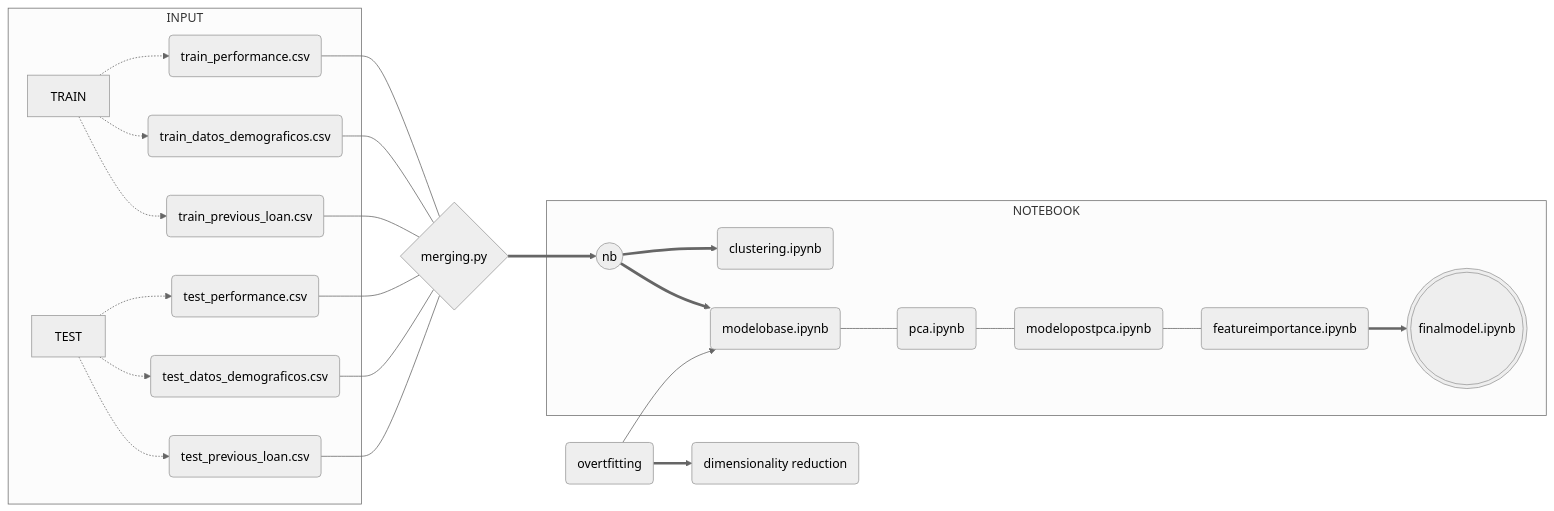
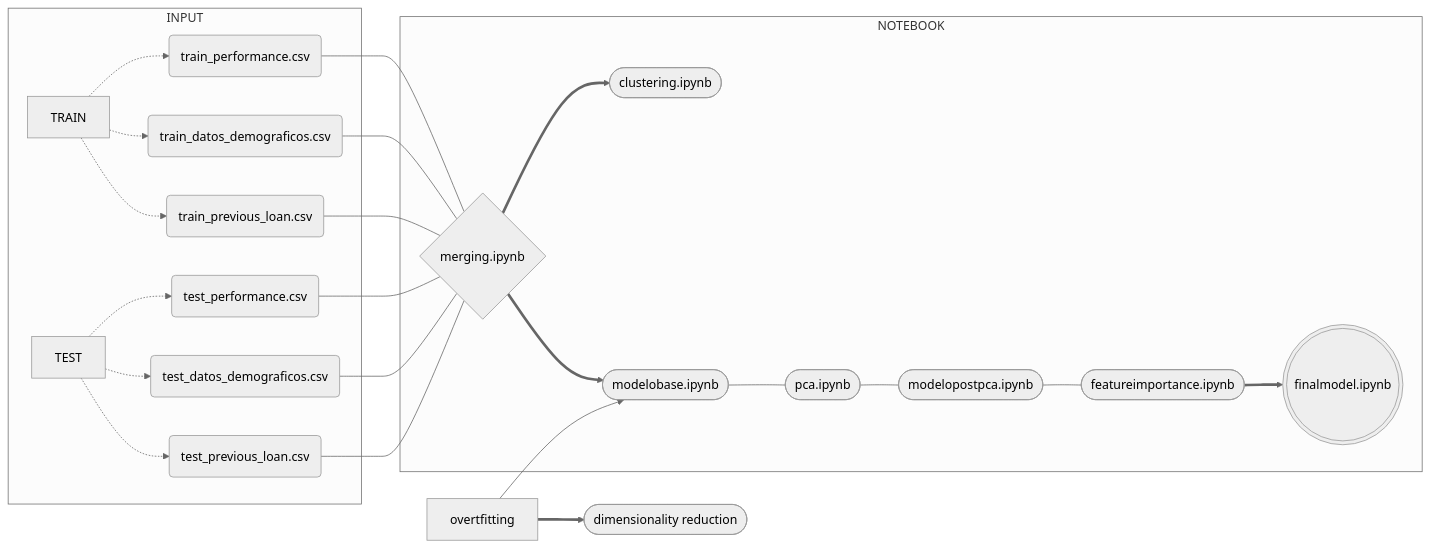
One commit to Data-Project-3/DataProject3 changed the second of 3 diagrams in README.md. Above: the diagram before and after it, drawn with Mermaid (neutral theme). The commit also changed other lines of this file, not shown here.

Commit message:
readme update

````diff
--- a/README.md
+++ b/README.md
@@ -97,28 +97,27 @@
 ```mermaid
 flowchart LR
 subgraph INPUT
 B[TRAIN] -.->D(train_performance.csv)
 B[TRAIN] -.->E(train_datos_demograficos.csv)
 B[TRAIN] -.->F(train_previous_loan.csv)
 C[TEST] -.->G(test_performance.csv)
 C[TEST] -.->H(test_datos_demograficos.csv)
 C[TEST] -.->I(test_previous_loan.csv)
 end
-D(train_performance.csv) ---J{merging.py}
-E(train_datos_demograficos.csv) ---J{merging.py}
-F(train_previous_loan.csv) ---J{merging.py}
-G(test_performance.csv) ---J{merging.py}
-H(test_datos_demograficos.csv) ---J{merging.py}
-I(test_previous_loan.csv) ---J{merging.py}
-J{merging.py} ==>K[nb]
+D(train_performance.csv) ---J{merging.ipynb}
+E(train_datos_demograficos.csv) ---J{merging.ipynb}
+F(train_previous_loan.csv) ---J{merging.ipynb}
+G(test_performance.csv) ---J{merging.ipynb}
+H(test_datos_demograficos.csv) ---J{merging.ipynb}
+I(test_previous_loan.csv) ---J{merging.ipynb}
 subgraph NOTEBOOK
-K((nb)) ==>L(clustering.ipynb)
-K((nb)) ==>M(modelobase.ipynb)
-M(modelobase.ipynb) ---P(pca.ipynb)
-P(pca.ipynb) ---MM(modelopostpca.ipynb)
-MM(modelopostpca.ipynb) ---FI(featureimportance.ipynb)
-FI(featureimportance.ipynb) ==>FM(((finalmodel.ipynb)))
+J{merging.ipynb} ==>L([clustering.ipynb])
+J{merging.ipynb} ==>M([modelobase.ipynb])
+M([modelobase.ipynb]) ---P([pca.ipynb])
+P([pca.ipynb]) ---MM([modelopostpca.ipynb])
+MM([modelopostpca.ipynb]) ---FI([featureimportance.ipynb])
+FI([featureimportance.ipynb]) ==>FM(((finalmodel.ipynb)))
 end
-OO(overtfitting) --> M(modelobase.ipynb)
-OO(overtfitting) ==> DR(dimensionality reduction)
+OO[overtfitting] --> M([modelobase.ipynb])
+OO[overtfitting] ==> DR([dimensionality reduction])
 ```
````
